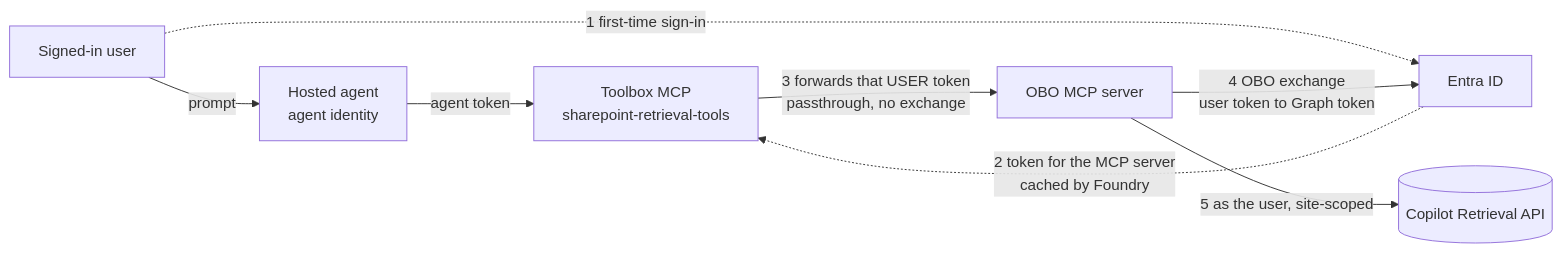
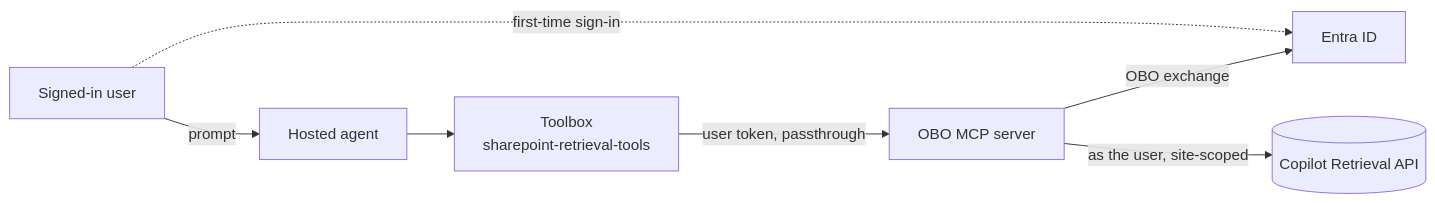
One commit to Heenanl/Foundry_EnterpriseAgents changed the diagram in foundryagents/hostedagent/sharepoint-copilot-retrieval/README.md. Above: the diagram before and after it, drawn with Mermaid. The commit also changed other lines of this file and 22 other files, not shown here.

````diff
--- a/foundryagents/hostedagent/sharepoint-copilot-retrieval/README.md
+++ b/foundryagents/hostedagent/sharepoint-copilot-retrieval/README.md
@@ -25,10 +13,9 @@
 ```mermaid
 flowchart LR
-    U[Signed-in user] -->|prompt| A[Hosted agent<br/>agent identity]
-    A -->|agent token| TB[Toolbox MCP<br/>sharepoint-retrieval-tools]
-    U -.->|1 first-time sign-in| E[Entra ID]
-    E -.->|2 token for the MCP server<br/>cached by Foundry| TB
-    TB -->|3 forwards that USER token<br/>passthrough, no exchange| GW[OBO MCP server]
-    GW -->|4 OBO exchange<br/>user token to Graph token| E
-    GW -->|5 as the user, site-scoped| RET[(Copilot Retrieval API)]
+    U[Signed-in user] -->|prompt| A[Hosted agent]
+    A --> TB[Toolbox<br/>sharepoint-retrieval-tools]
+    U -.->|first-time sign-in| E[Entra ID]
+    TB -->|user token, passthrough| GW[OBO MCP server]
+    GW -->|OBO exchange| E
+    GW -->|as the user, site-scoped| RET[(Copilot Retrieval API)]
 ```
````
